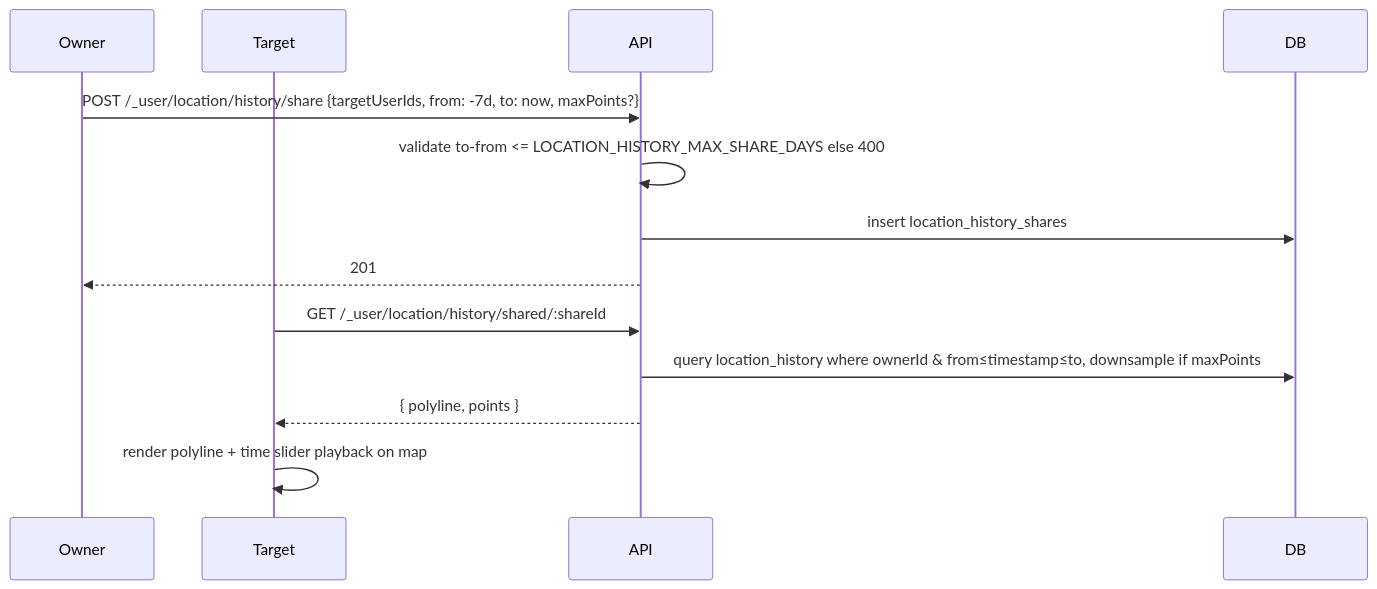
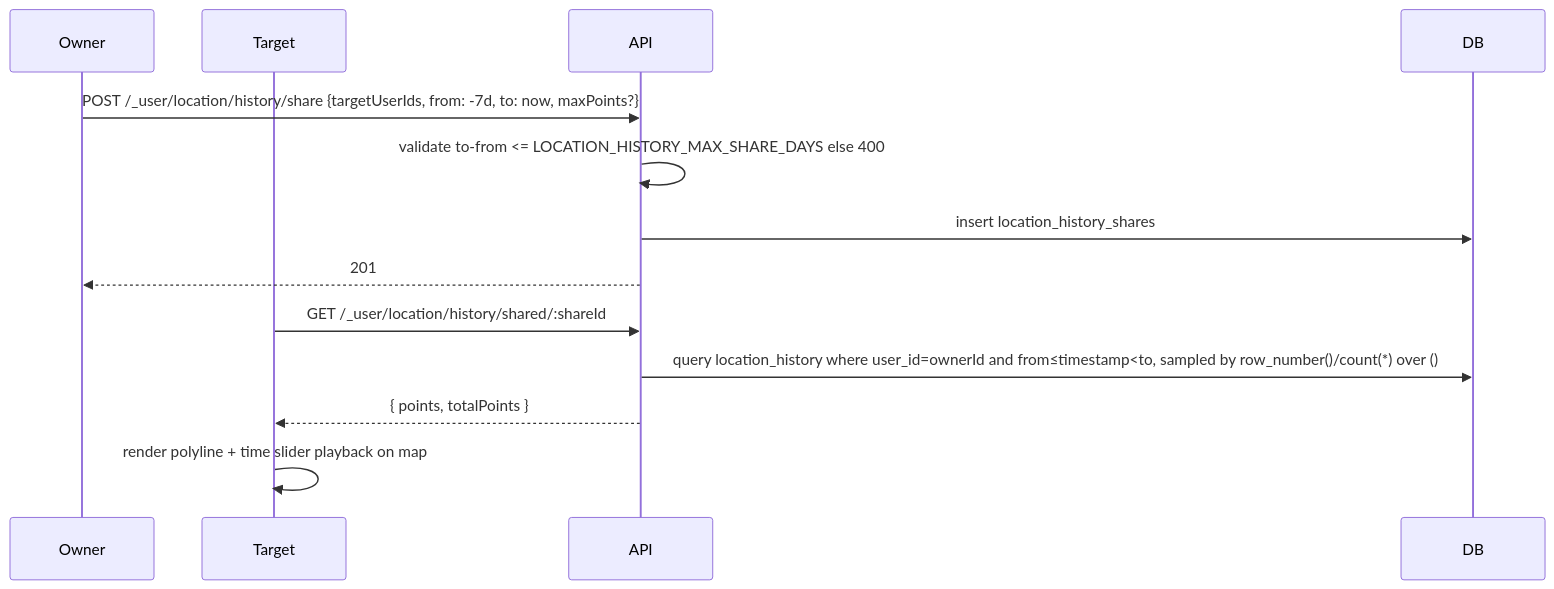
Before and after one commit to komeilm76/borobiya: the second of 5 diagrams in docs/DIAGRAMS/LOCATION_SEQUENCE.md, drawn with Mermaid. The commit also changed 23 other files, not shown here.

````diff
--- a/docs/DIAGRAMS/LOCATION_SEQUENCE.md
+++ b/docs/DIAGRAMS/LOCATION_SEQUENCE.md
@@ -38,16 +38,16 @@
 ```mermaid
 sequenceDiagram
   participant Owner
   participant Target
   participant API
   participant DB
 
   Owner->>API: POST /_user/location/history/share {targetUserIds, from: -7d, to: now, maxPoints?}
   API->>API: validate to-from <= LOCATION_HISTORY_MAX_SHARE_DAYS else 400
   API->>DB: insert location_history_shares
   API-->>Owner: 201
   Target->>API: GET /_user/location/history/shared/:shareId
-  API->>DB: query location_history where ownerId & from≤timestamp≤to, downsample if maxPoints
-  API-->>Target: { polyline, points }
+  API->>DB: query location_history where user_id=ownerId and from≤timestamp<to, sampled by row_number()/count(*) over ()
+  API-->>Target: { points, totalPoints }
   Target->>Target: render polyline + time slider playback on map
 ```
````
